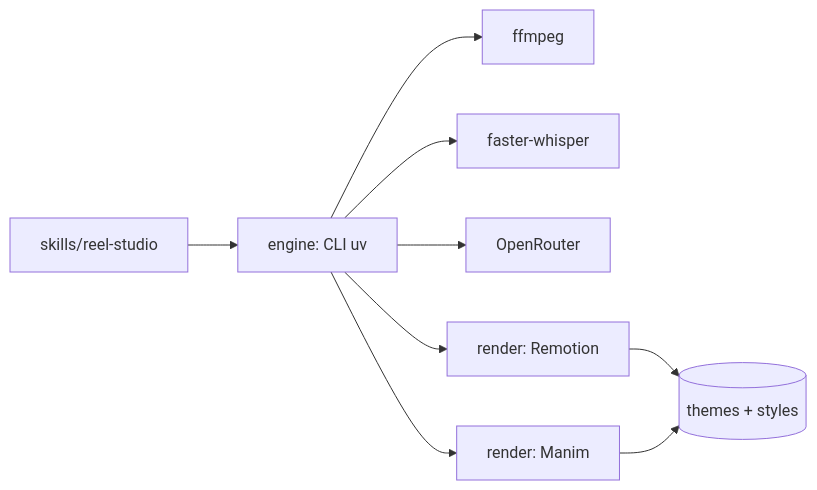
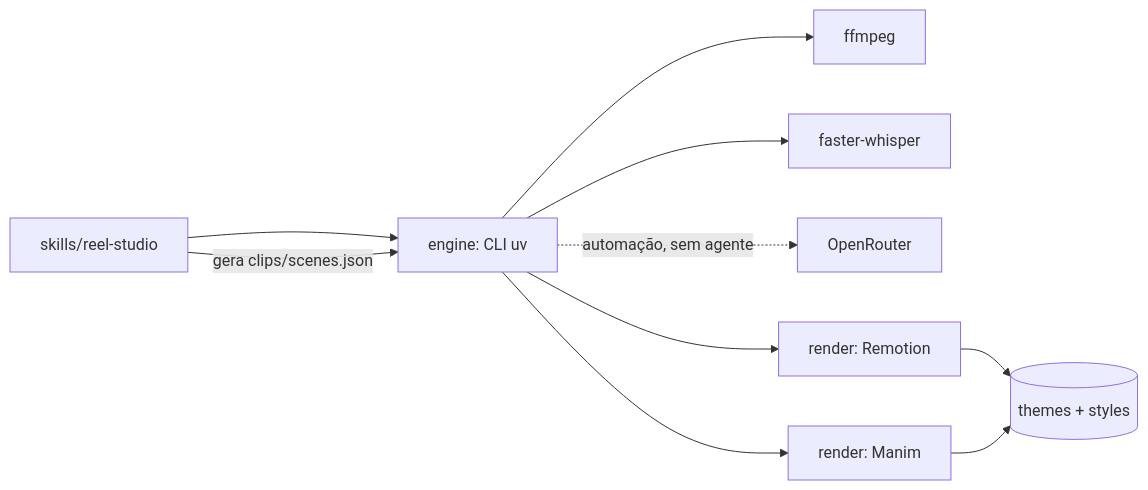
Before and after one commit to nathanramorim/reel-studio: the second of 2 diagrams in sdd/spec/overview.md, drawn with Mermaid. The commit also changed other lines of this file and 19 other files, not shown here.

First line of the commit message:
feat: gerar cortes e roteiro pelo agente, sem OpenRouter dentro do Claude Code

````diff
--- a/sdd/spec/overview.md
+++ b/sdd/spec/overview.md
@@ -27,11 +27,12 @@
 ```mermaid
 graph LR
   Skill[skills/reel-studio] --> CLI[engine: CLI uv]
+  Skill -->|gera clips/scenes.json| CLI
   CLI --> FF[ffmpeg]
   CLI --> W[faster-whisper]
-  CLI --> LLM[OpenRouter]
+  CLI -.->|automação, sem agente| LLM[OpenRouter]
   CLI --> R[render: Remotion]
   CLI --> M[render: Manim]
   R --> T[(themes + styles)]
   M --> T
 ```
````
